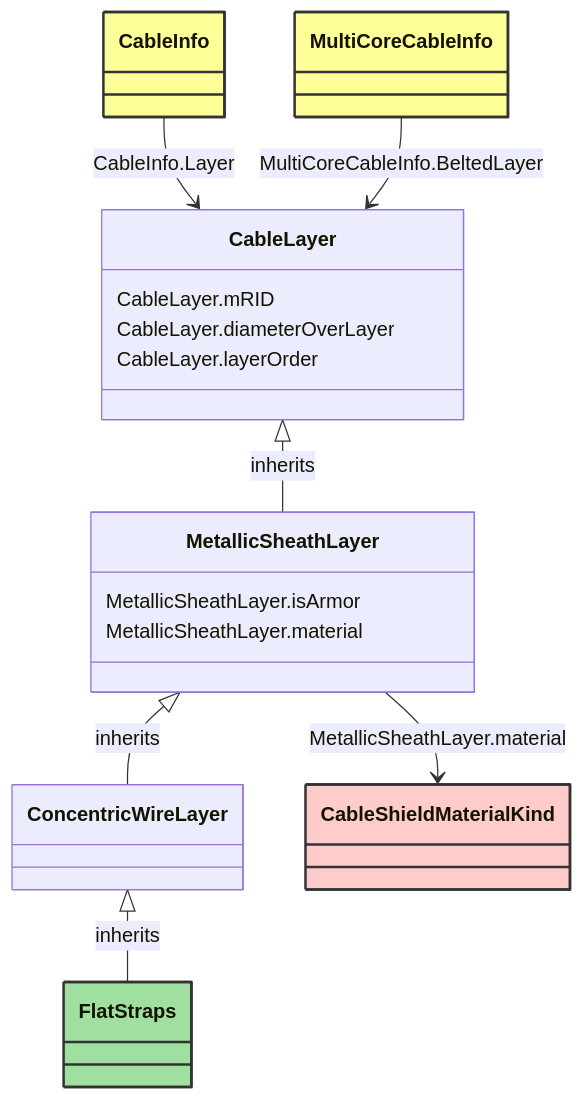
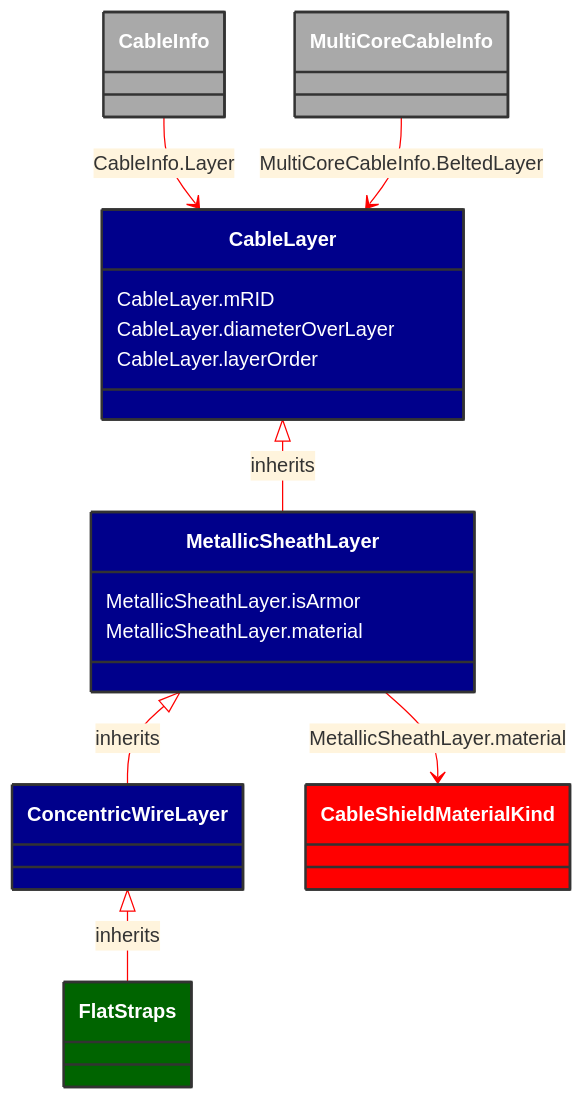
The diagram in docs/Models/Profiles/SubseaCableInfo/ConcreteClasses/FlatStraps.md (3lbits/NoCIMExtensions), drawn with Mermaid before and after one commit. The commit also changed 58 other files, not shown here.

````diff
--- a/docs/Models/Profiles/SubseaCableInfo/ConcreteClasses/FlatStraps.md
+++ b/docs/Models/Profiles/SubseaCableInfo/ConcreteClasses/FlatStraps.md
@@ -8,47 +8,48 @@
 ```mermaid
+%%{init: {'theme':'base','themeVariables': {'lineColor': '#FF0000'}}}%%
 classDiagram
     class FlatStraps
     click FlatStraps href "/Models/Profiles/SubseaCableInfo/ConcreteClasses/FlatStraps/"
-    style FlatStraps fill:#9fdf9f,stroke:#333,stroke-width:2px,rx:10,ry:10
+    style FlatStraps fill:#006400,stroke:#333,stroke-width:2px,rx:10,ry:10,color:white
 
         ConcentricWireLayer <|-- FlatStraps : inherits
             click ConcentricWireLayer href "/Models/Profiles/SubseaCableInfo/ConcreteClasses/ConcentricWireLayer/"
-            style ConcentricWireLayer rx:10,ry:10
+            style ConcentricWireLayer fill:#00008B,stroke:#333,stroke-width:2px,rx:10,ry:10,color:white
 
         FlatStraps
             click FlatStraps href "/Models/Profiles/SubseaCableInfo/ConcreteClasses/FlatStraps/"
-            style FlatStraps rx:10,ry:10
+            style ConcentricWireLayer fill:#00008B,stroke:#333,stroke-width:2px,rx:10,ry:10,color:white
 
         MetallicSheathLayer <|-- ConcentricWireLayer : inherits
             click MetallicSheathLayer href "/Models/Profiles/SubseaCableInfo/ConcreteClasses/MetallicSheathLayer/"
-            style MetallicSheathLayer rx:10,ry:10
+            style MetallicSheathLayer fill:#00008B,stroke:#333,stroke-width:2px,rx:10,ry:10,color:white
 
         CableLayer <|-- MetallicSheathLayer : inherits
             click CableLayer href "/Models/Profiles/SubseaCableInfo/AbstractClasses/CableLayer/"
-            style CableLayer rx:10,ry:10
+            style CableLayer fill:#00008B,stroke:#333,stroke-width:2px,rx:10,ry:10,color:white
 
 
         CableInfo --> CableLayer : CableInfo.Layer
 
         CableInfo
             click CableInfo href "/Models/Profiles/SubseaCableInfo/ConcreteClasses/CableInfo/"
-            style CableInfo fill:#ffff99,stroke:#333,stroke-width:2px,rx:10,ry:10
+            style CableInfo fill:#A9A9A9,stroke:#333,stroke-width:2px,rx:10,ry:10,color:white
 
         MultiCoreCableInfo --> CableLayer : MultiCoreCableInfo.BeltedLayer
 
         MultiCoreCableInfo
             click MultiCoreCableInfo href "/Models/Profiles/SubseaCableInfo/ConcreteClasses/MultiCoreCableInfo/"
-            style MultiCoreCableInfo fill:#ffff99,stroke:#333,stroke-width:2px,rx:10,ry:10
+            style MultiCoreCableInfo fill:#A9A9A9,stroke:#333,stroke-width:2px,rx:10,ry:10,color:white
 
         MetallicSheathLayer --> CableShieldMaterialKind : MetallicSheathLayer.material
 
         CableShieldMaterialKind
             click CableShieldMaterialKind href "/Models/Profiles/SubseaCableInfo/Enumerations/CableShieldMaterialKind/"
-            style CableShieldMaterialKind fill:#FFCCCB,stroke:#333,stroke-width:2px,rx:10,ry:10
+            style CableShieldMaterialKind fill:#FF0000,stroke:#333,stroke-width:2px,rx:10,ry:10,color:white
 
         MetallicSheathLayer : MetallicSheathLayer.isArmor
         MetallicSheathLayer : MetallicSheathLayer.material
         CableLayer : CableLayer.mRID
         CableLayer : CableLayer.diameterOverLayer
         CableLayer : CableLayer.layerOrder
 ```
````
